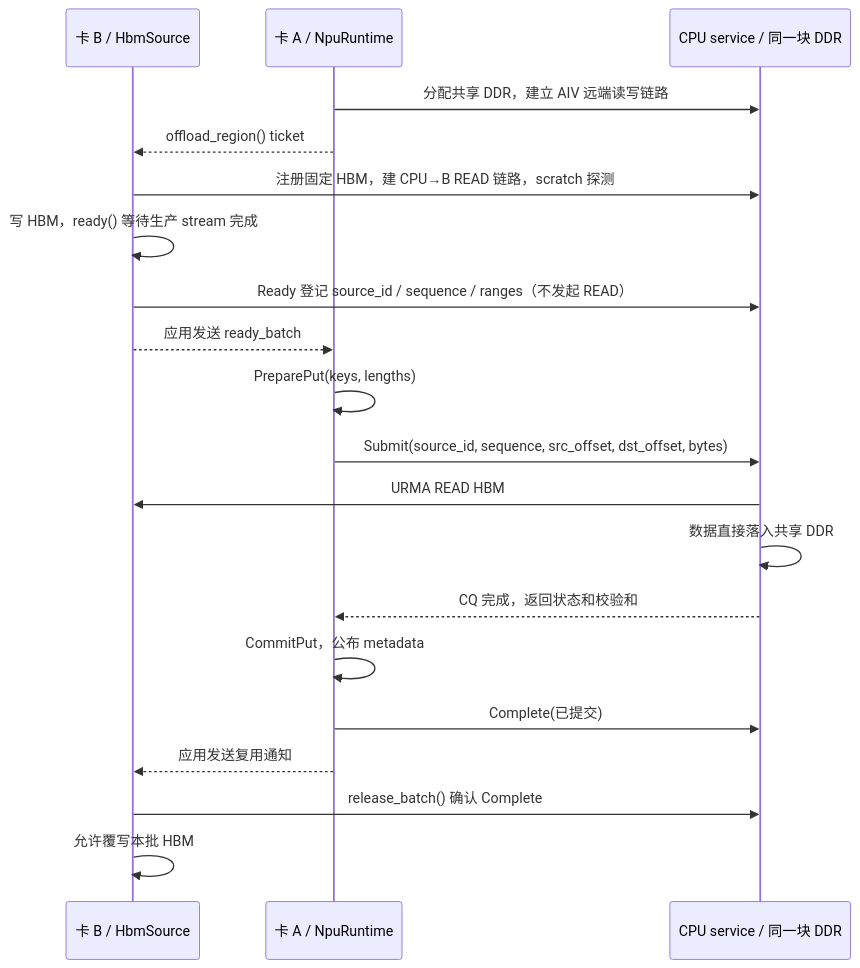
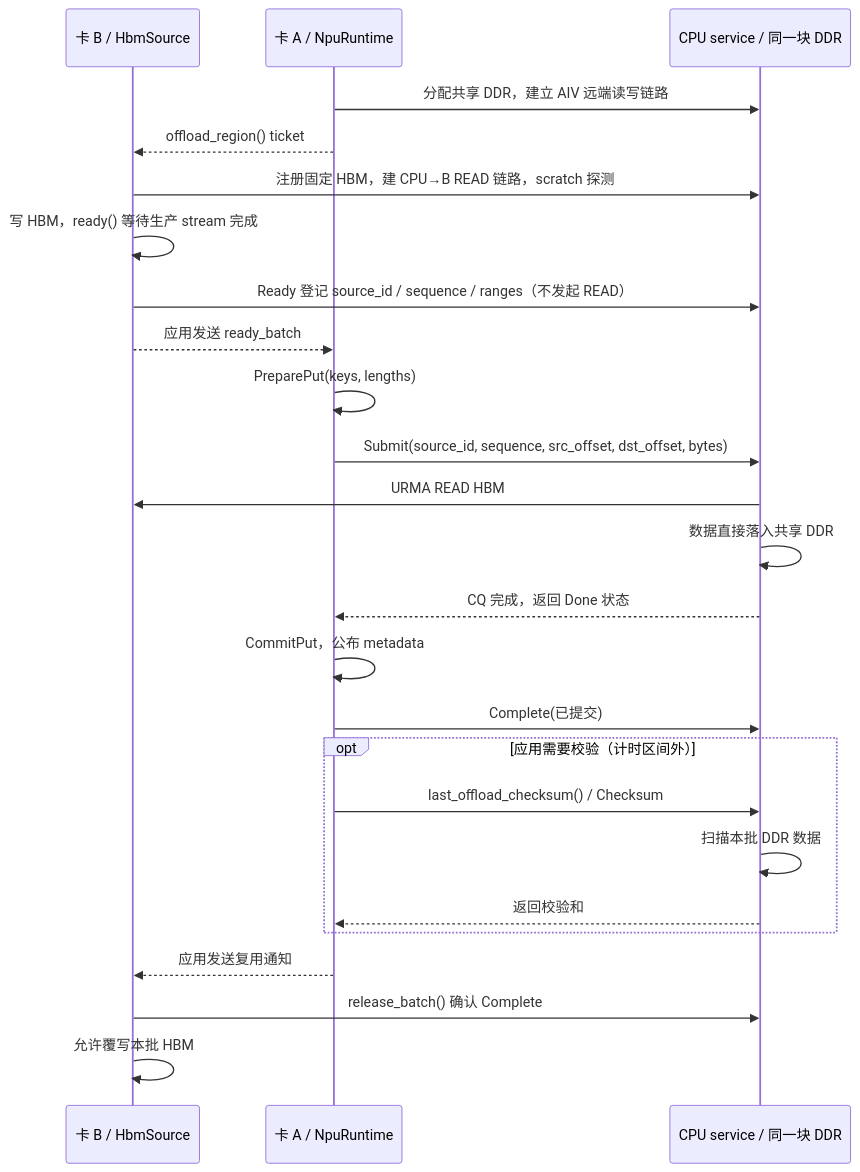
Before and after one commit to zxdgongjue-spec/KVAF: the diagram in docs/shared_ddr_remote_offload.md, drawn with Mermaid. The commit also changed other lines of this file and 11 other files, not shown here.

````diff
--- a/docs/shared_ddr_remote_offload.md
+++ b/docs/shared_ddr_remote_offload.md
@@ -13,22 +13,27 @@
 ```mermaid
 sequenceDiagram
     participant B as 卡 B / HbmSource
     participant A as 卡 A / NpuRuntime
     participant C as CPU service / 同一块 DDR
     A->>C: 分配共享 DDR，建立 AIV 远端读写链路
     A-->>B: offload_region() ticket
     B->>C: 注册固定 HBM，建 CPU→B READ 链路，scratch 探测
     B->>B: 写 HBM，ready() 等待生产 stream 完成
     B->>C: Ready 登记 source_id / sequence / ranges（不发起 READ）
     B-->>A: 应用发送 ready_batch
     A->>A: PreparePut(keys, lengths)
     A->>C: Submit(source_id, sequence, src_offset, dst_offset, bytes)
     C->>B: URMA READ HBM
     C->>C: 数据直接落入共享 DDR
-    C-->>A: CQ 完成，返回状态和校验和
+    C-->>A: CQ 完成，返回 Done 状态
     A->>A: CommitPut，公布 metadata
     A->>C: Complete(已提交)
+    opt 应用需要校验（计时区间外）
+        A->>C: last_offload_checksum() / Checksum
+        C->>C: 扫描本批 DDR 数据
+        C-->>A: 返回校验和
+    end
     A-->>B: 应用发送复用通知
     B->>C: release_batch() 确认 Complete
     B->>B: 允许覆写本批 HBM
 ```
````
